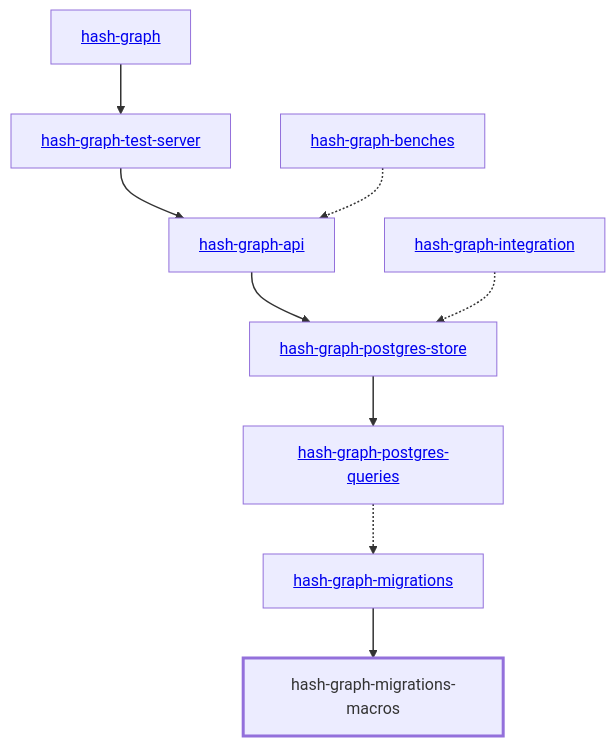
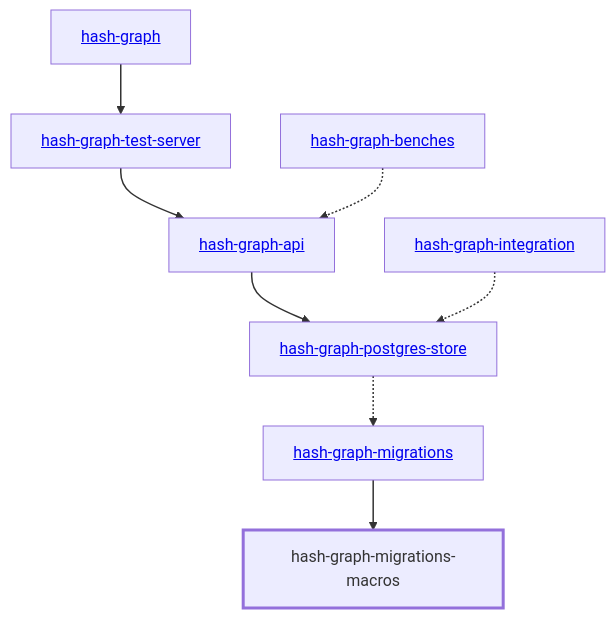
Before and after one commit to hashintel/hash: the diagram in libs/@local/graph/migrations-macros/docs/dependency-diagram.mmd, drawn with Mermaid. The commit also changed 52 other files, not shown here.

```diff
--- a/libs/@local/graph/migrations-macros/docs/dependency-diagram.mmd
+++ b/libs/@local/graph/migrations-macros/docs/dependency-diagram.mmd
@@ -1,28 +1,26 @@
 graph TD
     linkStyle default stroke-width:1.5px
     classDef default stroke-width:1px
     classDef root stroke-width:3px
     classDef dev stroke-width:1px
     classDef build stroke-width:1px
     %% Legend
     %% --> : Normal dependency
     %% -.-> : Dev dependency
     %% ---> : Build dependency
     0[<a href="../hash_graph/index.html">hash-graph</a>]
     1[<a href="../hash_graph_api/index.html">hash-graph-api</a>]
     2[<a href="../hash_graph_migrations/index.html">hash-graph-migrations</a>]
     3[hash-graph-migrations-macros]
     class 3 root
-    4[<a href="../hash_graph_postgres_queries/index.html">hash-graph-postgres-queries</a>]
-    5[<a href="../hash_graph_postgres_store/index.html">hash-graph-postgres-store</a>]
-    6[<a href="../hash_graph_test_server/index.html">hash-graph-test-server</a>]
-    7[<a href="../hash_graph_benches/index.html">hash-graph-benches</a>]
-    8[<a href="../hash_graph_integration/index.html">hash-graph-integration</a>]
-    0 --> 6
-    1 --> 5
+    4[<a href="../hash_graph_postgres_store/index.html">hash-graph-postgres-store</a>]
+    5[<a href="../hash_graph_test_server/index.html">hash-graph-test-server</a>]
+    6[<a href="../hash_graph_benches/index.html">hash-graph-benches</a>]
+    7[<a href="../hash_graph_integration/index.html">hash-graph-integration</a>]
+    0 --> 5
+    1 --> 4
     2 --> 3
     4 -.-> 2
-    5 --> 4
-    6 --> 1
-    7 -.-> 1
-    8 -.-> 5
+    5 --> 1
+    6 -.-> 1
+    7 -.-> 4
```
